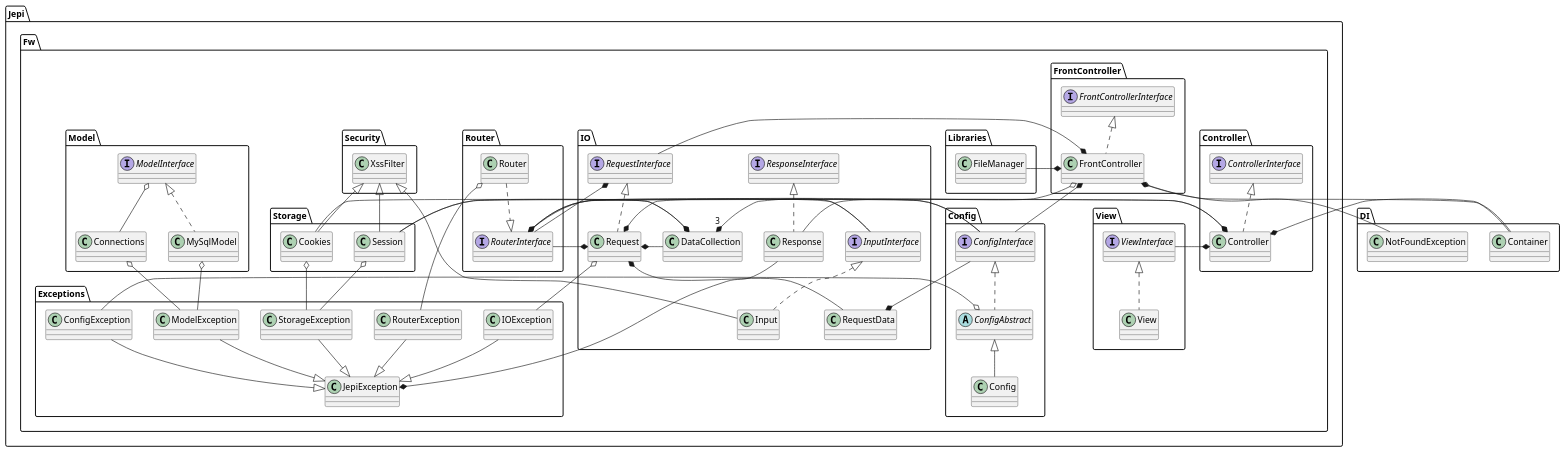
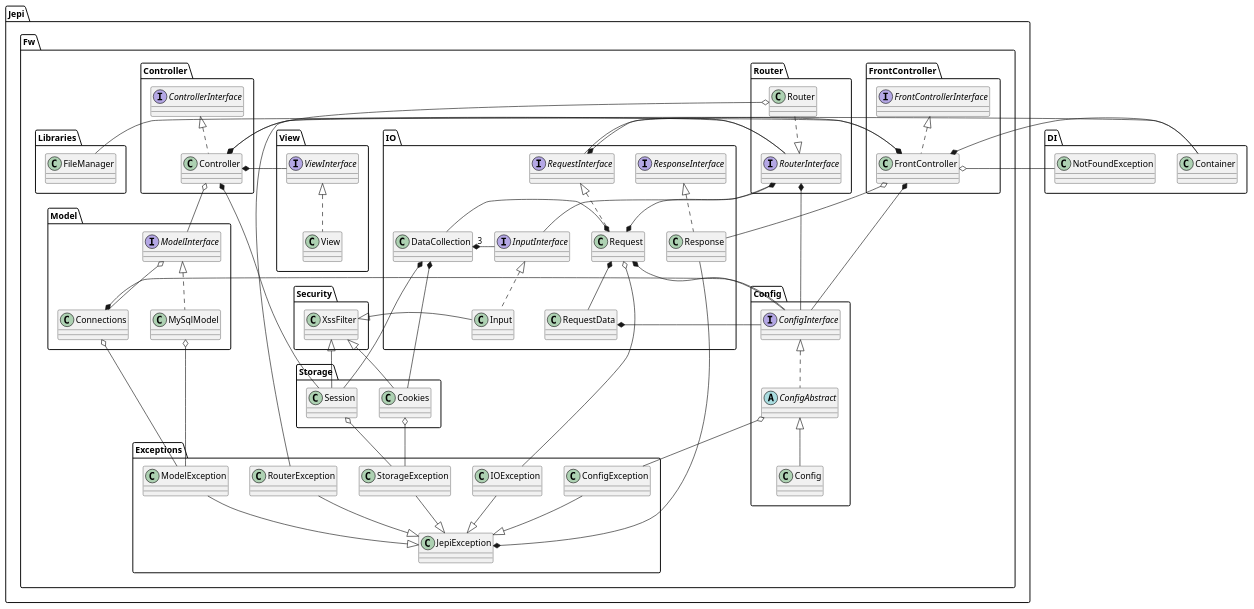
Before and after one commit to jepihumet/jepifw: the diagram in docu/diagrams/classes_empty/classes.puml, drawn with PlantUML. The commit also changed 16 other files, not shown here.

Commit message:
[TASK] Updating class diagrams

```diff
--- a/docu/diagrams/classes_empty/classes.puml
+++ b/docu/diagrams/classes_empty/classes.puml
@@ -1,141 +1,143 @@
 @startuml
 skinparam groupInheritance 0
 
 namespace DI {
     class Container
     class NotFoundException
 }
 
 namespace Jepi.Fw.Config {
 
     interface ConfigInterface
     abstract class ConfigAbstract
     class Config
 
     ConfigInterface <|.. ConfigAbstract
     ConfigAbstract <|-- Config
 
     ConfigAbstract o-- Jepi.Fw.Exceptions.ConfigException
 }
 namespace Jepi.Fw.Controller {
 
     interface ControllerInterface
     class Controller
 
     ControllerInterface <|.. Controller
 
     Controller *- Jepi.Fw.Router.RouterInterface
     Controller *- Jepi.Fw.Storage.Session
-    Controller *- DI.Container
+    Controller *-up- DI.Container
     Controller *- Jepi.Fw.View.ViewInterface
+    Controller o-- Jepi.Fw.Model.ModelInterface
 }
 
 namespace Jepi.Fw.FrontController {
     interface FrontControllerInterface
     class FrontController
 
     FrontControllerInterface <|.. FrontController
 
     FrontController o-- DI.NotFoundException
     FrontController o-- Jepi.Fw.IO.Response
     FrontController *- Jepi.Fw.Config.ConfigInterface
     FrontController *- Jepi.Fw.IO.RequestInterface
-    FrontController *- Jepi.Fw.Libraries.FileManager
+    FrontController *-right- Jepi.Fw.Libraries.FileManager
     FrontController *- DI.Container
 }
 
 namespace Jepi.Fw.IO {
 
     class DataCollection
     interface InputInterface
     class Input
     interface RequestInterface
     class Request
     class RequestData
     interface ResponseInterface
     class Response
 
     InputInterface <|.. Input
-    Jepi.Fw.Security.XssFilter <|-- Input
+    Jepi.Fw.Security.XssFilter <|-up- Input
     RequestInterface <|.. Request
     ResponseInterface <|.. Response
 
     DataCollection "3" *-right- InputInterface
     DataCollection *- Jepi.Fw.Storage.Session
     DataCollection *- Jepi.Fw.Storage.Cookies
 
     RequestInterface *- Jepi.Fw.Router.RouterInterface
     
     Request *- DataCollection
-    Request *- Jepi.Fw.Router.RouterInterface
+    Request *-left- Jepi.Fw.Router.RouterInterface
     Request *- Jepi.Fw.Config.ConfigInterface
     Request *-down- RequestData
     Request o-- Jepi.Fw.Exceptions.IOException
 
     RequestData *- Jepi.Fw.Config.ConfigInterface
 }
 
 namespace Jepi.Fw.Libraries {
     class FileManager
 }
 
 namespace Jepi.Fw.Model {
     class Connections
     interface ModelInterface
     class MySqlModel
 
     ModelInterface <|.. MySqlModel
     ModelInterface o-- Connections
+    Connections *- Jepi.Fw.Config.ConfigInterface
     Connections o-- Jepi.Fw.Exceptions.ModelException
     MySqlModel o-- Jepi.Fw.Exceptions.ModelException
 }
 
 namespace Jepi.Fw.Router {
     interface RouterInterface
     class Router
 
     RouterInterface <|.up. Router
     RouterInterface *- Jepi.Fw.Config.ConfigInterface
-    RouterInterface *- Jepi.Fw.IO.InputInterface
+    RouterInterface *-down- Jepi.Fw.IO.InputInterface
     Router o-- Jepi.Fw.Exceptions.RouterException
 }
 
 namespace Jepi.Fw.Security {
     class XssFilter
 }
 
 namespace Jepi.Fw.Storage {
     class Cookies
     class Session
 
     Jepi.Fw.Security.XssFilter <|-- Cookies
     Jepi.Fw.Security.XssFilter <|-- Session
     Cookies o-- Jepi.Fw.Exceptions.StorageException
     Session o-- Jepi.Fw.Exceptions.StorageException
 }
 
 namespace Jepi.Fw.View {
     interface ViewInterface 
     class View
 
     ViewInterface <|.. View
 }
 
 namespace Jepi.Fw.Exceptions {
 
     class JepiException
     class ConfigException
     class ModelException
     class RouterException
     class StorageException
     class IOException
     
     JepiException <|-up- ConfigException
     JepiException <|-up- ModelException
     JepiException <|-up- RouterException
     JepiException <|-up- StorageException
     JepiException <|-up- IOException
     JepiException *- Jepi.Fw.IO.Response
 }
 
 @enduml
```
